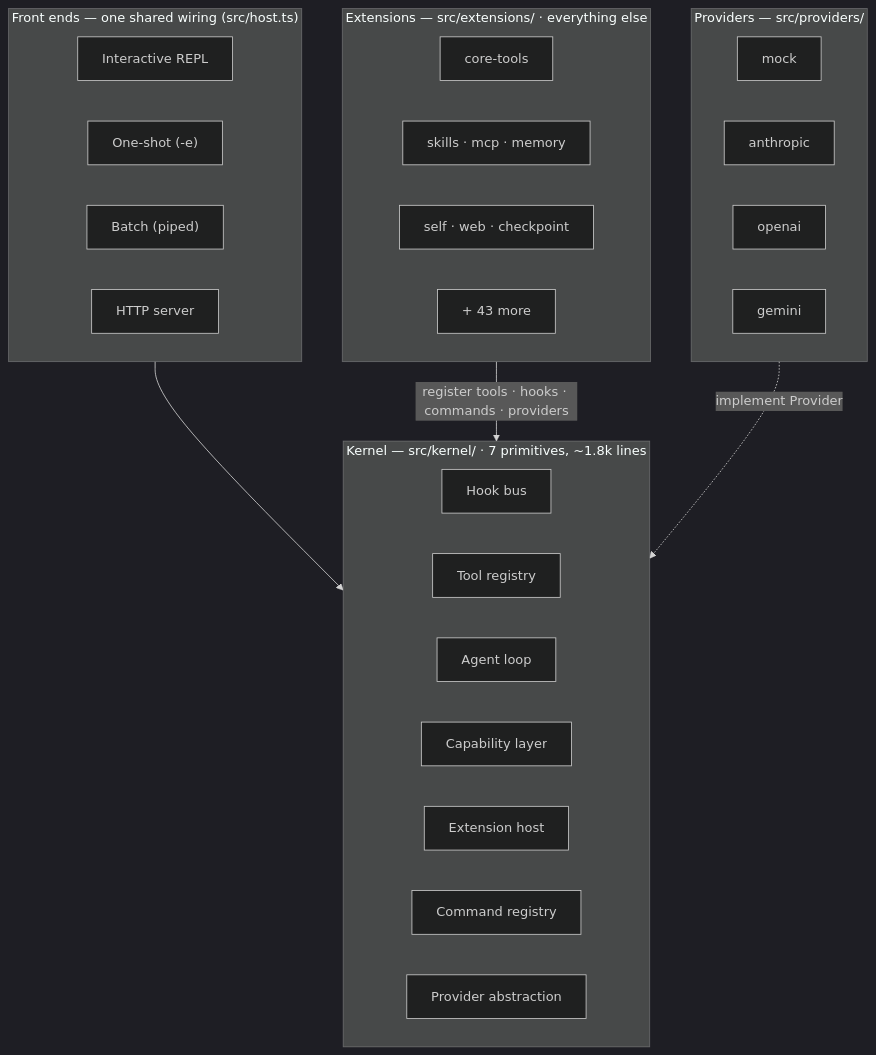
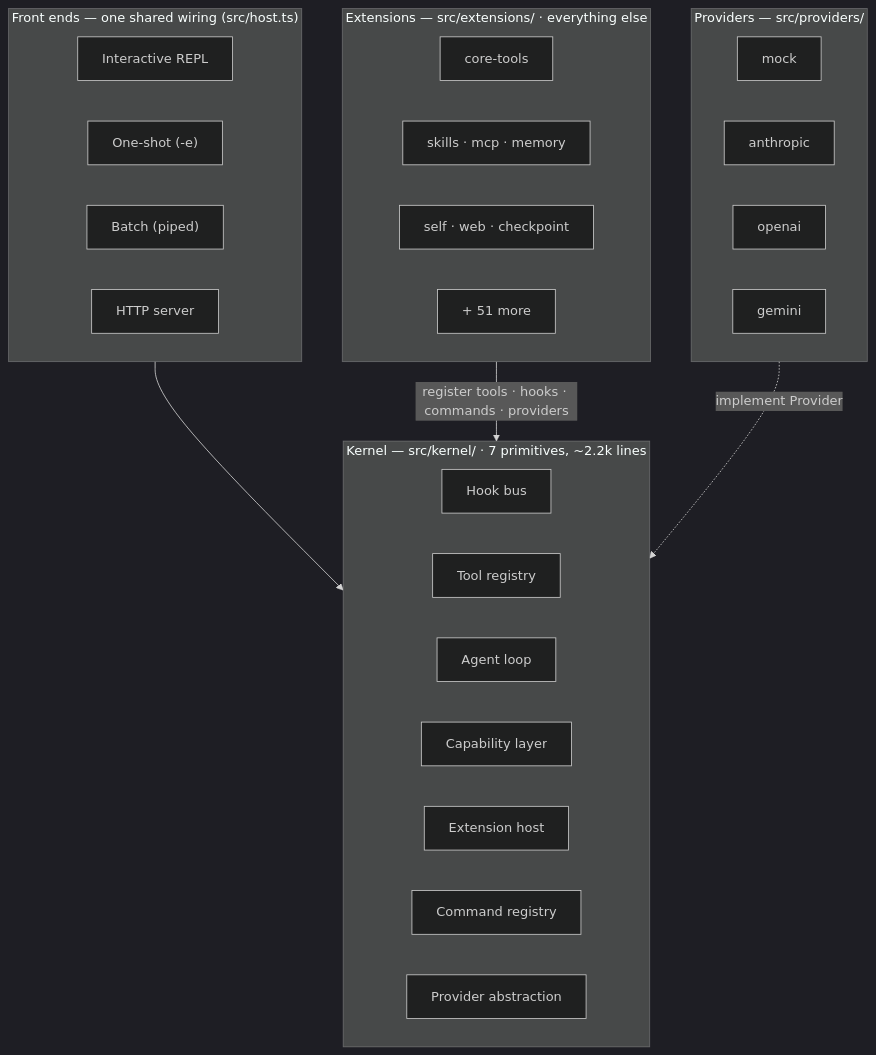
One commit to caohaotiantian/EAgent changed the first of 5 diagrams in README.md. Above: the diagram before and after it, drawn with Mermaid (dark theme). The commit also changed other lines of this file and 10 other files, not shown here.

````diff
--- a/README.md
+++ b/README.md
@@ -16,41 +16,41 @@
 ```mermaid
 flowchart TB
     subgraph FE["Front ends — one shared wiring (src/host.ts)"]
         direction LR
         REPL["Interactive REPL"]
         ONE["One-shot (-e)"]
         BATCH["Batch (piped)"]
         HTTP["HTTP server"]
     end
 
-    subgraph KERNEL["Kernel — src/kernel/ · 7 primitives, ~1.8k lines"]
+    subgraph KERNEL["Kernel — src/kernel/ · 7 primitives, ~2.2k lines"]
         direction LR
         HOOKS["Hook bus"]
         REG["Tool registry"]
         LOOP["Agent loop"]
         CAPS["Capability layer"]
         EXT["Extension host"]
         CMD["Command registry"]
         PROV["Provider abstraction"]
     end
 
     subgraph EXTS["Extensions — src/extensions/ · everything else"]
         direction LR
         X1["core-tools"]
         X2["skills · mcp · memory"]
         X3["self · web · checkpoint"]
-        X4["+ 43 more"]
+        X4["+ 51 more"]
     end
 
     subgraph PROVIDERS["Providers — src/providers/"]
         direction LR
         PM["mock"]
         PA["anthropic"]
         PO["openai"]
         PG["gemini"]
     end
 
     FE --> KERNEL
     EXTS -->|"register tools · hooks · commands · providers"| KERNEL
     PROVIDERS -.->|"implement Provider"| PROV
 ```
````
